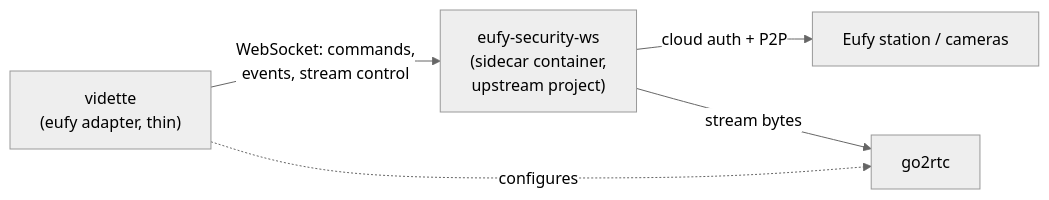
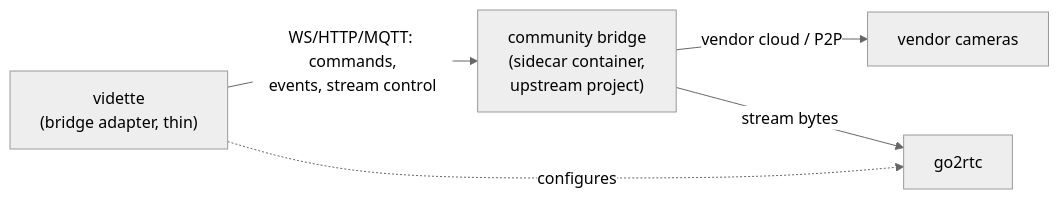
The diagram in docs/architecture/plugins.md (baadev/vidette), drawn with Mermaid (neutral theme) before and after one commit. The commit also changed other lines of this file and 23 other files, not shown here.

First line of the commit message:
fix(eufy): NAS (RTSP) is the only integration path — remove the defunct bridge plan

````diff
--- a/docs/architecture/plugins.md
+++ b/docs/architecture/plugins.md
@@ -45,7 +46,7 @@
 ```mermaid
 flowchart LR
-    V["vidette\n(eufy adapter, thin)"] -- "WebSocket: commands,\nevents, stream control" --> B["eufy-security-ws\n(sidecar container,\nupstream project)"]
-    B -- "cloud auth + P2P" --> S["Eufy station / cameras"]
+    V["vidette\n(bridge adapter, thin)"] -- "WS/HTTP/MQTT: commands,\nevents, stream control" --> B["community bridge\n(sidecar container,\nupstream project)"]
+    B -- "vendor cloud / P2P" --> S["vendor cameras"]
     B -- "stream bytes" --> G["go2rtc"]
     V -. configures .-> G
 ```
````
